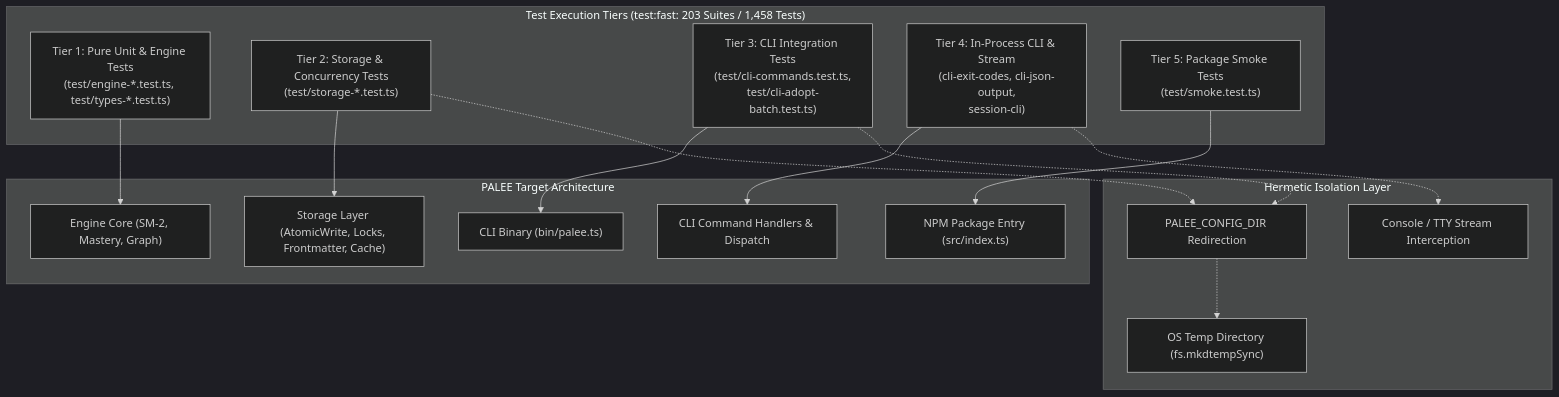
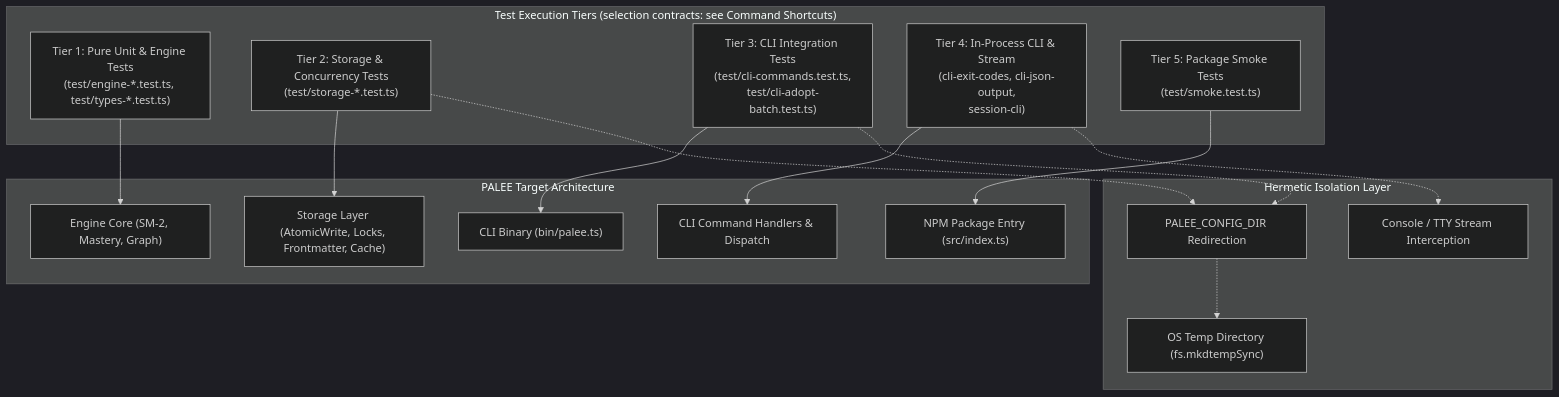
Before and after one commit to Kuldeep2822k/cli: the diagram in docs/06-0-testing.md, drawn with Mermaid (dark theme). The commit also changed other lines of this file and 7 other files, not shown here.

````diff
--- a/docs/06-0-testing.md
+++ b/docs/06-0-testing.md
@@ -123,34 +152,34 @@
 ```mermaid
 flowchart TD
     subgraph Isolation ["Hermetic Isolation Layer"]
         TempDir["OS Temp Directory (fs.mkdtempSync)"]
         EnvVar["PALEE_CONFIG_DIR Redirection"]
         StreamMock["Console / TTY Stream Interception"]
     end
 
-    subgraph TestTiers ["Test Execution Tiers (test:fast: 203 Suites / 1,458 Tests)"]
+    subgraph TestTiers ["Test Execution Tiers (selection contracts: see Command Shortcuts)"]
         UT["Tier 1: Pure Unit & Engine Tests<br/>(test/engine-*.test.ts, test/types-*.test.ts)"]
         STG["Tier 2: Storage & Concurrency Tests<br/>(test/storage-*.test.ts)"]
         IT["Tier 3: CLI Integration Tests<br/>(test/cli-commands.test.ts,<br/>test/cli-adopt-batch.test.ts)"]
         INP["Tier 4: In-Process CLI & Stream<br/>(cli-exit-codes, cli-json-output,<br/>session-cli)"]
         SMK["Tier 5: Package Smoke Tests<br/>(test/smoke.test.ts)"]
     end
 
     subgraph PALEE ["PALEE Target Architecture"]
         Engine["Engine Core (SM-2, Mastery, Graph)"]
         Storage["Storage Layer (AtomicWrite, Locks, Frontmatter, Cache)"]
         CLI["CLI Command Handlers & Dispatch"]
         Bin["CLI Binary (bin/palee.ts)"]
         Pkg["NPM Package Entry (src/index.ts)"]
     end
 
     UT --> Engine
     STG --> Storage
     STG -.-> EnvVar
     IT --> Bin
     IT -.-> EnvVar
     INP --> CLI
     INP -.-> StreamMock
     SMK --> Pkg
     EnvVar -.-> TempDir
 ```
````
